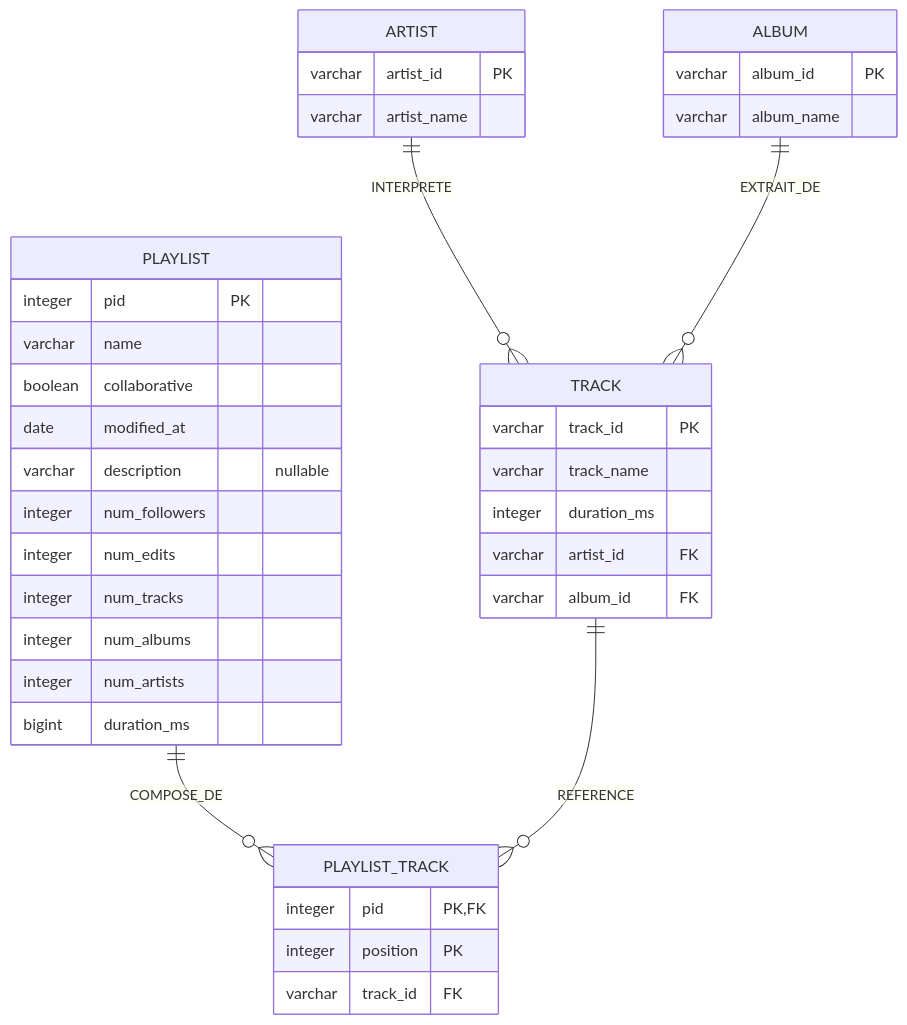
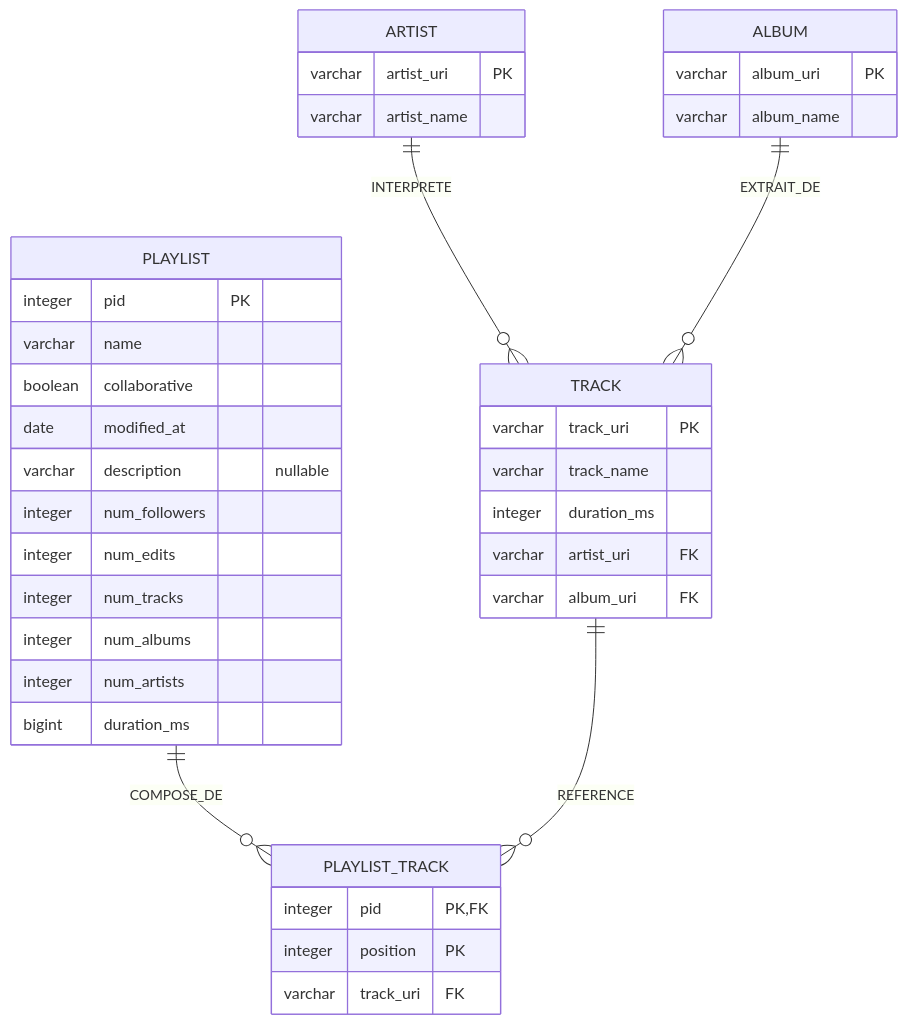
The diagram in db/MODELE_DONNEES.md (G1TS23/mpd-bi-analytics), drawn with Mermaid before and after one commit. The commit also changed other lines of this file and 5 other files, not shown here.

````diff
--- a/db/MODELE_DONNEES.md
+++ b/db/MODELE_DONNEES.md
@@ -109,41 +110,41 @@
 ```mermaid
 erDiagram
     ARTIST   ||--o{ TRACK          : "INTERPRETE"
     ALBUM    ||--o{ TRACK          : "EXTRAIT_DE"
     PLAYLIST ||--o{ PLAYLIST_TRACK : "COMPOSE_DE"
     TRACK    ||--o{ PLAYLIST_TRACK : "REFERENCE"
 
     ARTIST {
-        varchar artist_id   PK
+        varchar artist_uri   PK
         varchar artist_name
     }
     ALBUM {
-        varchar album_id    PK
+        varchar album_uri    PK
         varchar album_name
     }
     TRACK {
-        varchar track_id    PK
+        varchar track_uri    PK
         varchar track_name
         integer duration_ms
-        varchar artist_id   FK
-        varchar album_id    FK
+        varchar artist_uri   FK
+        varchar album_uri    FK
     }
     PLAYLIST {
         integer pid           PK
         varchar name
         boolean collaborative
         date    modified_at
         varchar description   "nullable"
         integer num_followers
         integer num_edits
         integer num_tracks
         integer num_albums
         integer num_artists
         bigint  duration_ms
     }
     PLAYLIST_TRACK {
         integer pid        PK,FK
         integer position   PK
-        varchar track_id   FK
+        varchar track_uri   FK
     }
 ```
````
